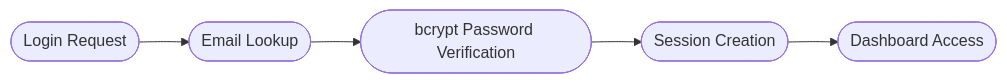
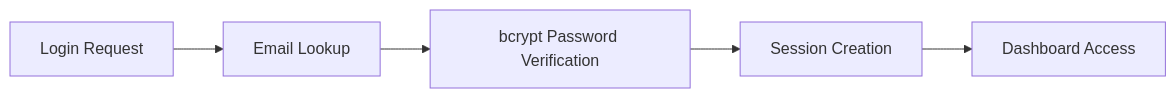
The fifth of 5 diagrams in TECHNICAL_GUIDE.md (chaitanyasaiyerra/Musuem-chatbot), drawn with Mermaid before and after one commit. The commit also changed other lines of this file and 1 other file, not shown here.

Commit message:
docs: wrap mermaid nodes in standard boxes with quotes to prevent text wrapping

````diff
--- a/TECHNICAL_GUIDE.md
+++ b/TECHNICAL_GUIDE.md
@@ -231,7 +231,7 @@
 ```mermaid
 graph LR
-    A([Login Request]) --> B([Email Lookup])
-    B --> C([bcrypt Password Verification])
-    C --> D([Session Creation])
-    D --> E([Dashboard Access])
+    A["Login Request"] --> B["Email Lookup"]
+    B --> C["bcrypt Password Verification"]
+    C --> D["Session Creation"]
+    D --> E["Dashboard Access"]
 ```
````
